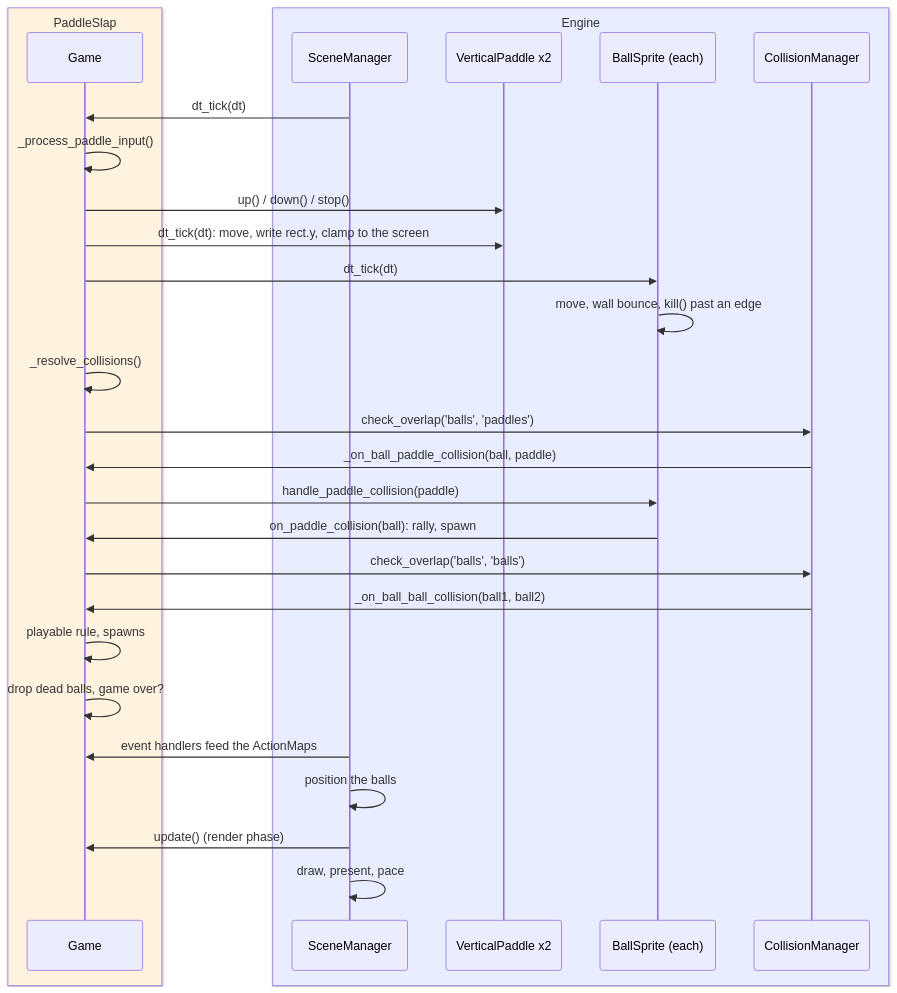
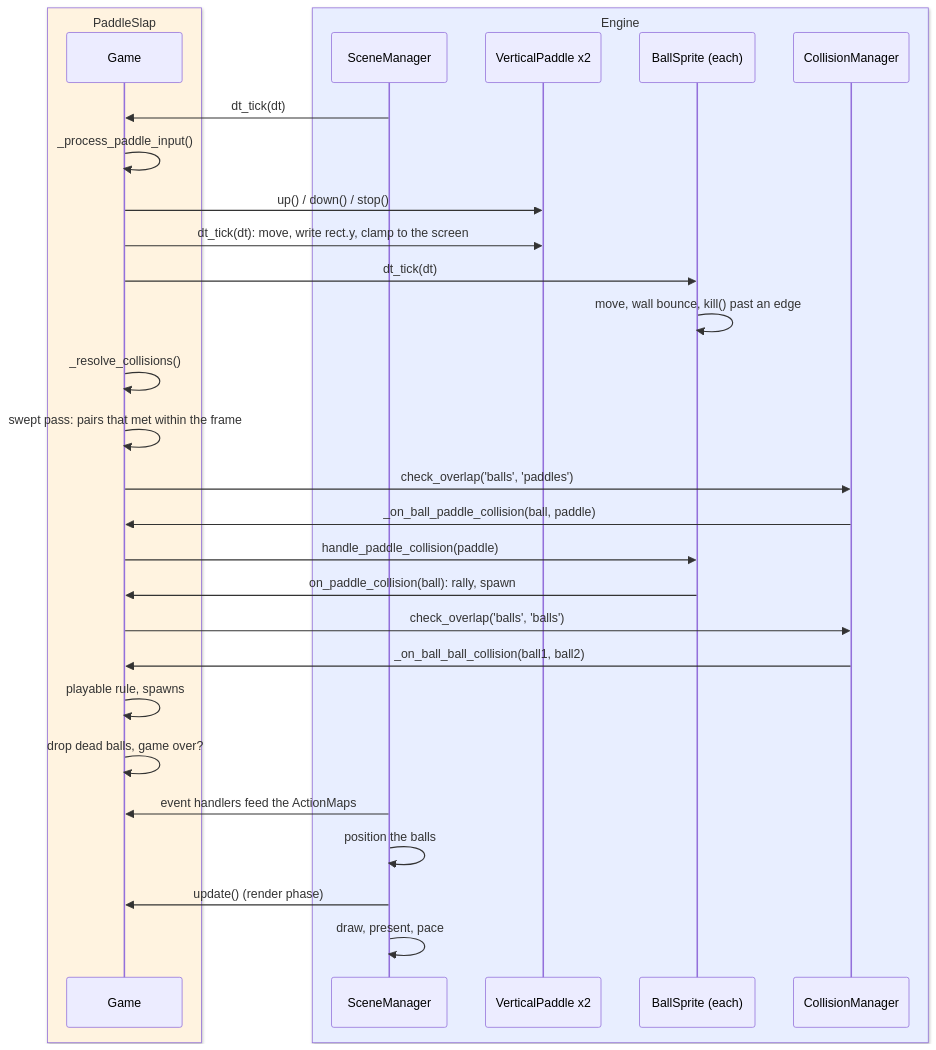
One commit to terrysimons/glitchygames changed the fifth of 7 diagrams in docs/games/paddleslap.md. Above: the diagram before and after it, drawn with Mermaid. The commit also changed other lines of this file and 25 other files, not shown here.

````diff
--- a/docs/games/paddleslap.md
+++ b/docs/games/paddleslap.md
@@ -333,32 +337,33 @@
 ```mermaid
 sequenceDiagram
     box rgb(255,243,224) PaddleSlap
         participant G as Game
     end
     box rgb(232,238,255) Engine
         participant SM as SceneManager
         participant P as VerticalPaddle x2
         participant B as BallSprite (each)
         participant CM as CollisionManager
     end
 
     SM->>G: dt_tick(dt)
     G->>G: _process_paddle_input()
     G->>P: up() / down() / stop()
     G->>P: dt_tick(dt): move, write rect.y, clamp to the screen
     G->>B: dt_tick(dt)
     B->>B: move, wall bounce, kill() past an edge
     G->>G: _resolve_collisions()
+    G->>G: swept pass: pairs that met within the frame
     G->>CM: check_overlap('balls', 'paddles')
     CM->>G: _on_ball_paddle_collision(ball, paddle)
     G->>B: handle_paddle_collision(paddle)
     B->>G: on_paddle_collision(ball): rally, spawn
     G->>CM: check_overlap('balls', 'balls')
     CM->>G: _on_ball_ball_collision(ball1, ball2)
     G->>G: playable rule, spawns
     G->>G: drop dead balls, game over?
     SM->>G: event handlers feed the ActionMaps
     SM->>SM: position the balls
     SM->>G: update() (render phase)
     SM->>SM: draw, present, pace
 ```
````
